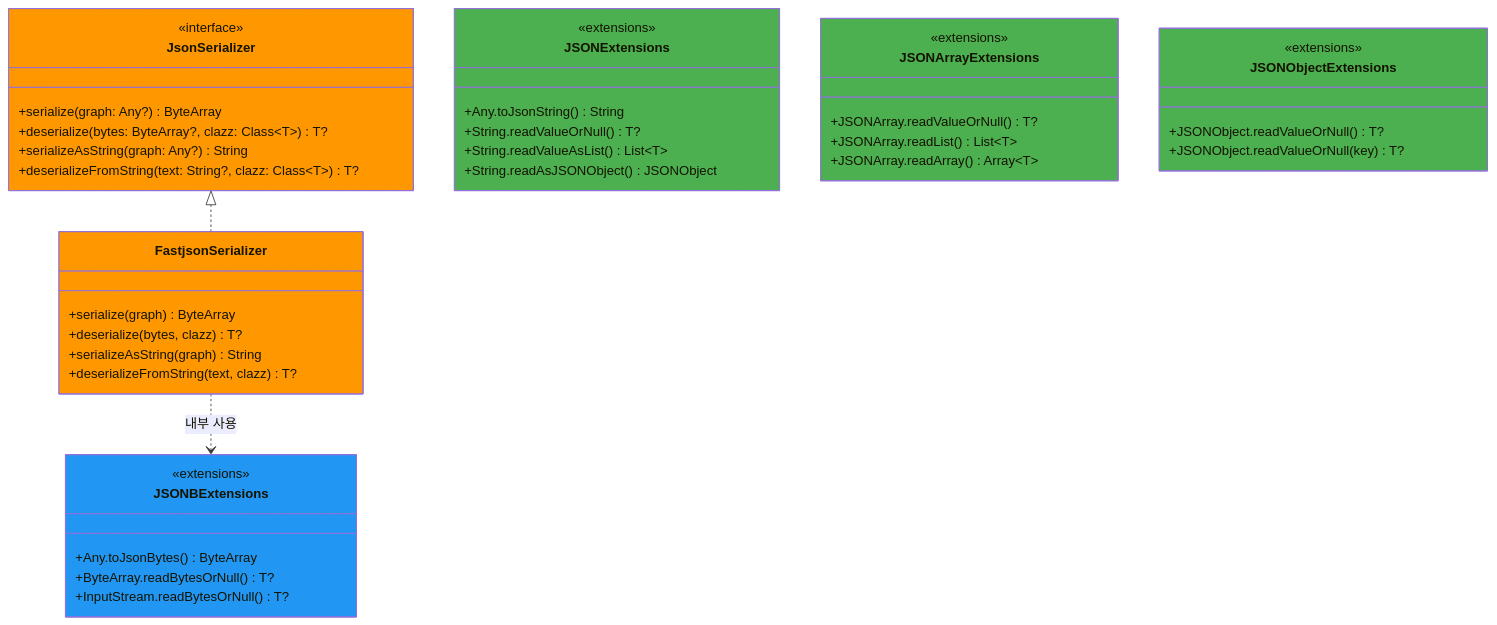
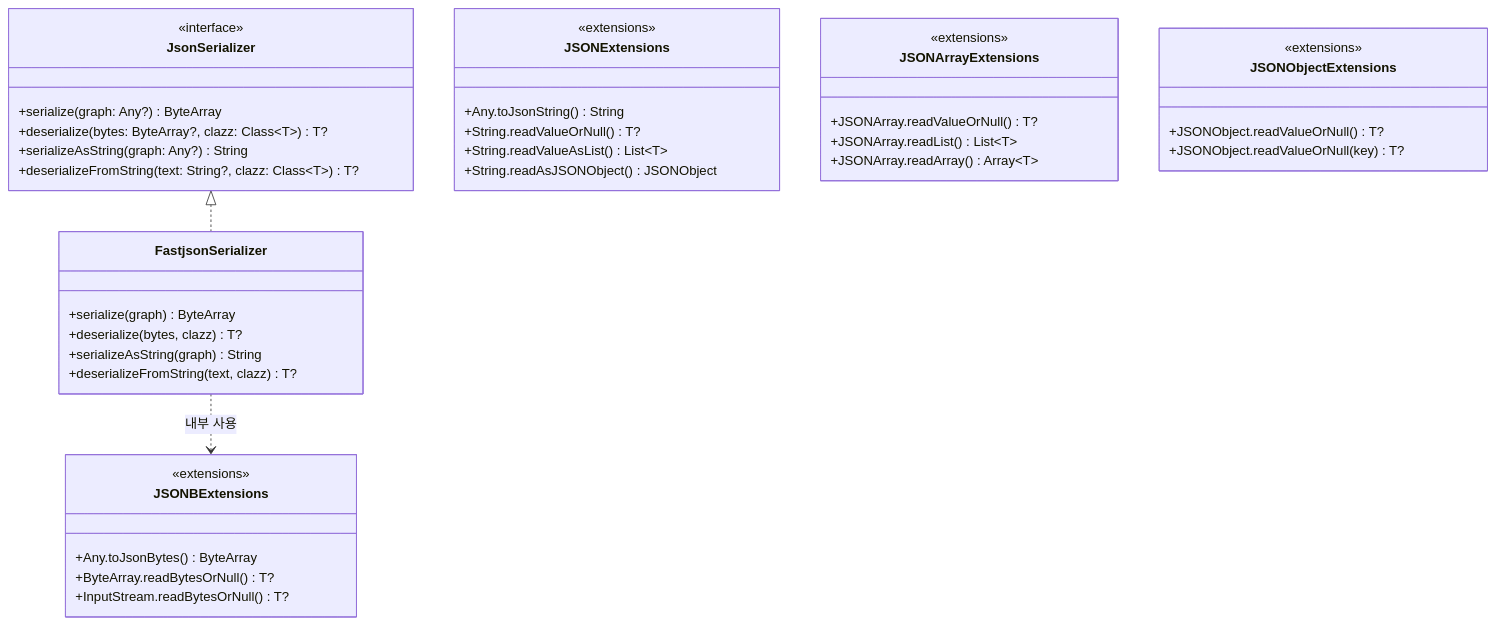
The first of 2 diagrams in io/fastjson2/README.md (bluetape4k/bluetape4k-projects), drawn with Mermaid before and after one commit. The commit also changed other lines of this file and 95 other files, not shown here.

First line of the commit message:
docs: Mermaid 파서 오류 전체 수정 (IntelliJ IDEA 호환)

````diff
--- a/io/fastjson2/README.md
+++ b/io/fastjson2/README.md
@@ -127,54 +127,49 @@
 ```mermaid
 classDiagram
-    class JsonSerializer:::serializerStyle {
+    class JsonSerializer {
         <<interface>>
         +serialize(graph: Any?) ByteArray
         +deserialize(bytes: ByteArray?, clazz: Class~T~) T?
         +serializeAsString(graph: Any?) String
         +deserializeFromString(text: String?, clazz: Class~T~) T?
     }
 
-    class FastjsonSerializer:::serializerStyle {
+    class FastjsonSerializer {
         +serialize(graph) ByteArray
         +deserialize(bytes, clazz) T?
         +serializeAsString(graph) String
         +deserializeFromString(text, clazz) T?
     }
 
-    class JSONExtensions:::extensionStyle {
+    class JSONExtensions {
         <<extensions>>
         +Any.toJsonString() String
         +String.readValueOrNull() T?
         +String.readValueAsList() List~T~
         +String.readAsJSONObject() JSONObject
     }
 
-    class JSONBExtensions:::codecStyle {
+    class JSONBExtensions {
         <<extensions>>
         +Any.toJsonBytes() ByteArray
         +ByteArray.readBytesOrNull() T?
         +InputStream.readBytesOrNull() T?
     }
 
-    class JSONArrayExtensions:::extensionStyle {
+    class JSONArrayExtensions {
         <<extensions>>
         +JSONArray.readValueOrNull() T?
         +JSONArray.readList() List~T~
         +JSONArray.readArray() Array~T~
     }
 
-    class JSONObjectExtensions:::extensionStyle {
+    class JSONObjectExtensions {
         <<extensions>>
         +JSONObject.readValueOrNull() T?
         +JSONObject.readValueOrNull(key) T?
     }
 
     JsonSerializer <|.. FastjsonSerializer
     FastjsonSerializer ..> JSONBExtensions : 내부 사용
 
-    classDef serializerStyle fill:#FF9800
-    classDef extensionStyle fill:#4CAF50
-    classDef codecStyle fill:#2196F3
-    classDef ioStyle fill:#607D8B
-    classDef encryptStyle fill:#F44336
 ```
````
